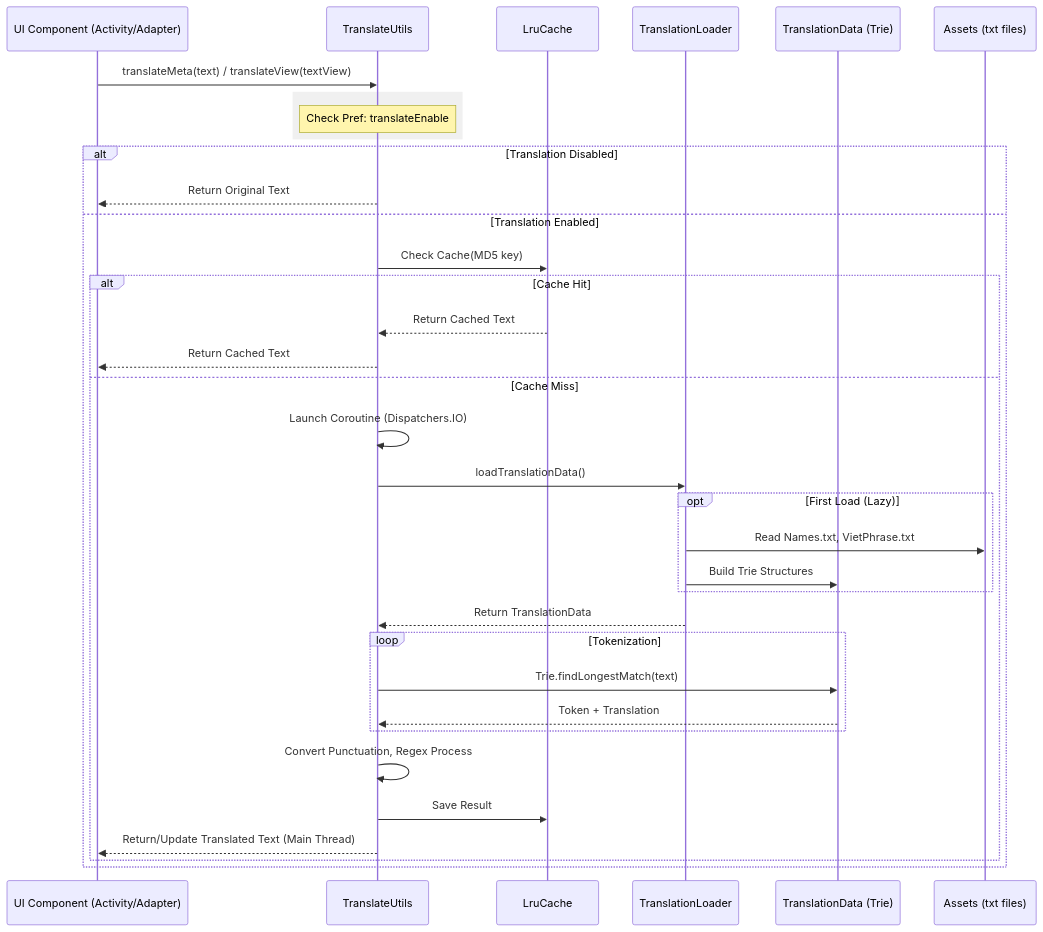
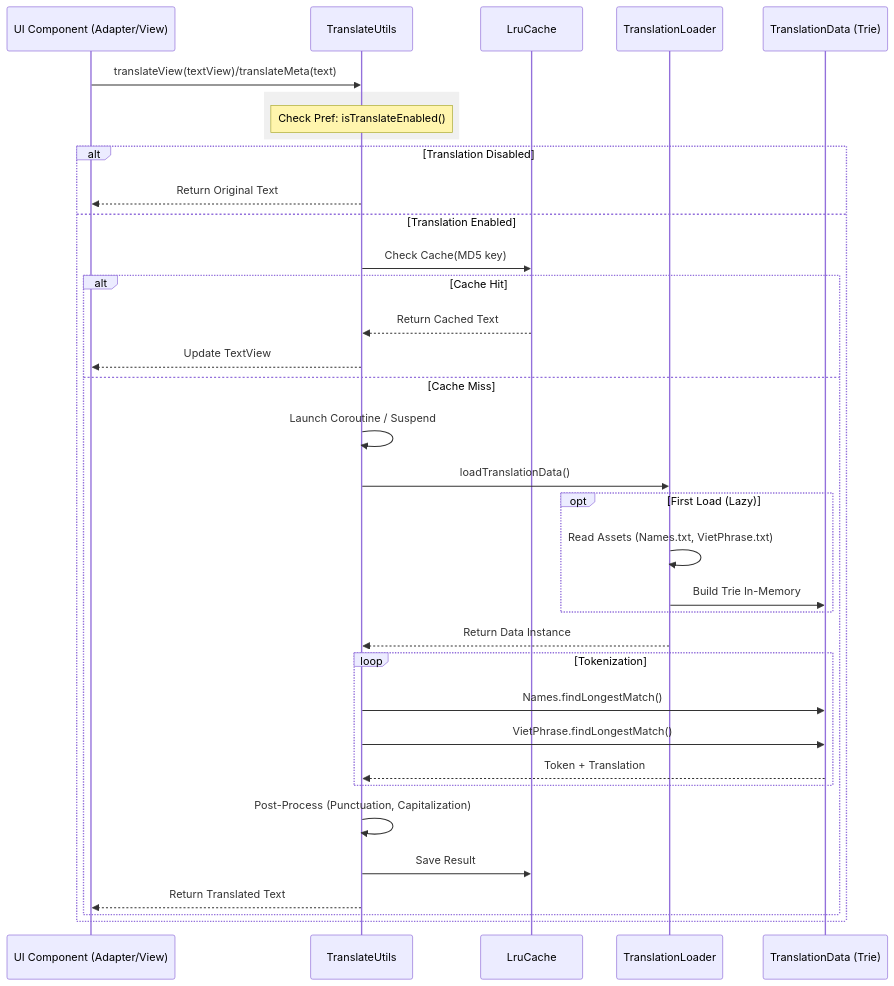
The first of 2 diagrams in translation_architecture.md (duongden/legado-qt), drawn with Mermaid before and after one commit. The commit also changed other lines of this file and 2 other files, not shown here.

````diff
--- a/translation_architecture.md
+++ b/translation_architecture.md
@@ -7,45 +7,45 @@
 ```mermaid
 sequenceDiagram
-    participant UI as UI Component (Activity/Adapter)
+    participant UI as UI Component (Adapter/View)
     participant Util as TranslateUtils
     participant Cache as LruCache
     participant Loader as TranslationLoader
     participant Data as TranslationData (Trie)
-    participant Assets as Assets (txt files)
 
-    UI->>Util: translateMeta(text) / translateView(textView)
+    UI->>Util: translateView(textView)/translateMeta(text)
     
     rect rgb(240, 240, 240)
-        Note over Util: Check Pref: translateEnable
+        Note over Util: Check Pref: isTranslateEnabled()
     end
     
     alt Translation Disabled
         Util-->>UI: Return Original Text
     else Translation Enabled
         Util->>Cache: Check Cache(MD5 key)
         alt Cache Hit
             Cache-->>Util: Return Cached Text
-            Util-->>UI: Return Cached Text
+            Util-->>UI: Update TextView
         else Cache Miss
-            Util->>Util: Launch Coroutine (Dispatchers.IO)
+            Util->>Util: Launch Coroutine / Suspend
             Util->>Loader: loadTranslationData()
             
             opt First Load (Lazy)
-                Loader->>Assets: Read Names.txt, VietPhrase.txt
-                Loader->>Data: Build Trie Structures
+                Loader->>Loader: Read Assets (Names.txt, VietPhrase.txt)
+                Loader->>Data: Build Trie In-Memory
             end
             
-            Loader-->>Util: Return TranslationData
+            Loader-->>Util: Return Data Instance
             
             loop Tokenization
-                Util->>Data: Trie.findLongestMatch(text)
+                Util->>Data: Names.findLongestMatch()
+                Util->>Data: VietPhrase.findLongestMatch()
                 Data-->>Util: Token + Translation
             end
             
-            Util->>Util: Convert Punctuation, Regex Process
+            Util->>Util: Post-Process (Punctuation, Capitalization)
             Util->>Cache: Save Result
             
-            Util-->>UI: Return/Update Translated Text (Main Thread)
+            Util-->>UI: Return Translated Text
         end
     end
 ```
````
